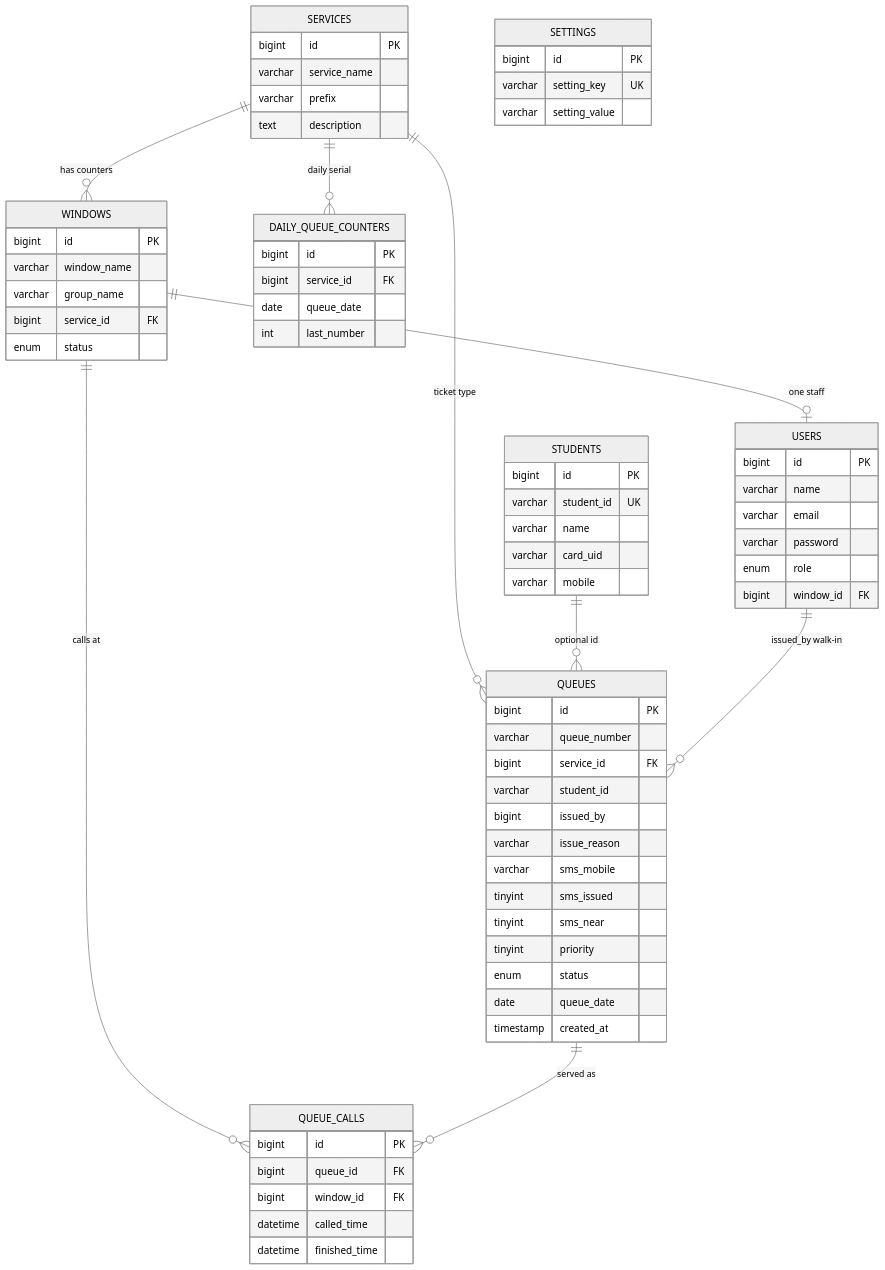
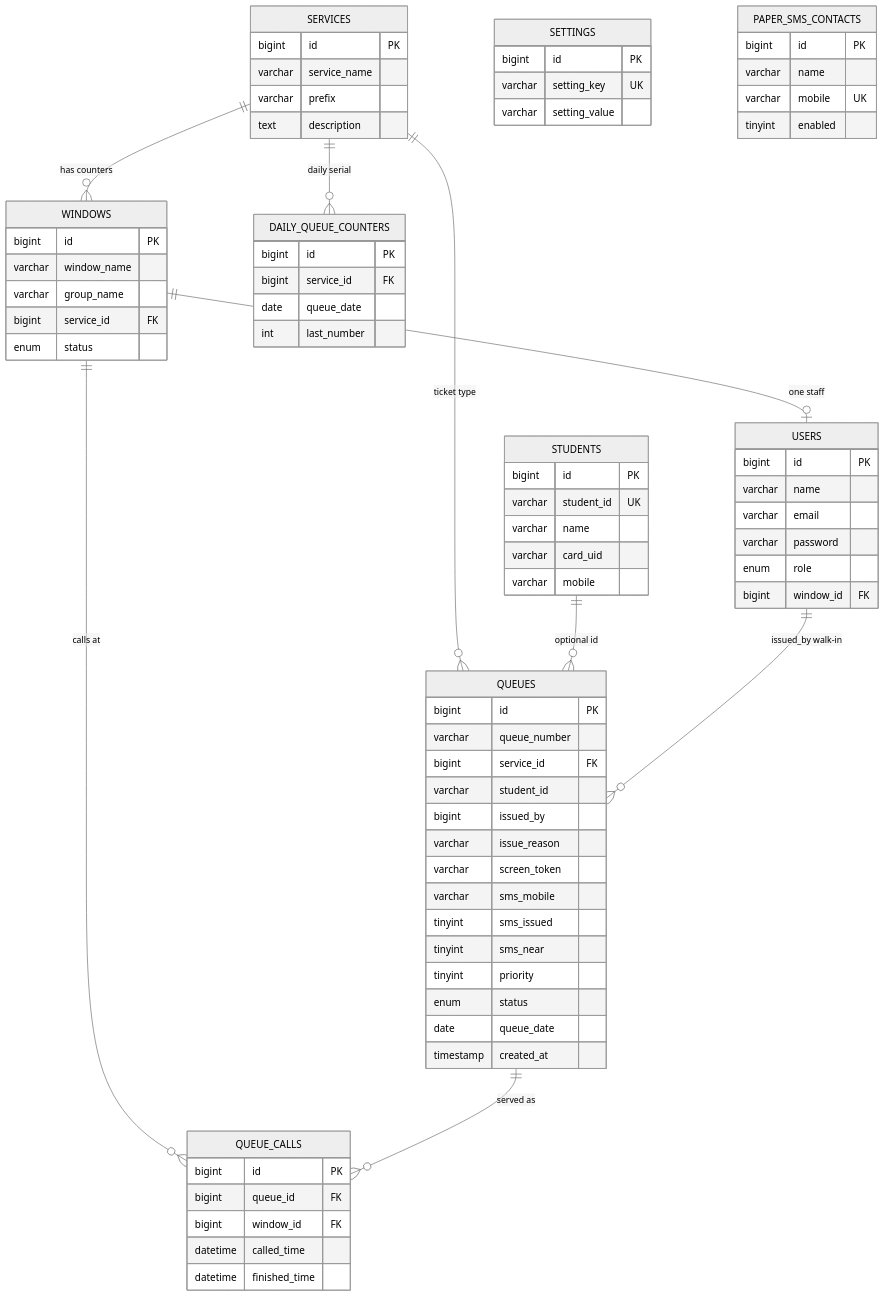
The first of 2 diagrams in README.md (rhems95/queuing-system), drawn with Mermaid (neutral theme) before and after one commit. The commit also changed other lines of this file and 30 other files, not shown here.

First line of the commit message:
Add staff paper-out SMS and a walk-in screen token so a photo of the printed ticket cannot stand in for the person.

```diff
--- a/README.md
+++ b/README.md
@@ -307,6 +307,7 @@
         varchar student_id
         bigint issued_by
         varchar issue_reason
+        varchar screen_token
         varchar sms_mobile
         tinyint sms_issued
         tinyint sms_near
@@ -330,6 +331,13 @@
         varchar setting_value
     }
 
+    PAPER_SMS_CONTACTS {
+        bigint id PK
+        varchar name
+        varchar mobile UK
+        tinyint enabled
+    }
+
     QUEUE_CALLS {
         bigint id PK
         bigint queue_id FK
```
